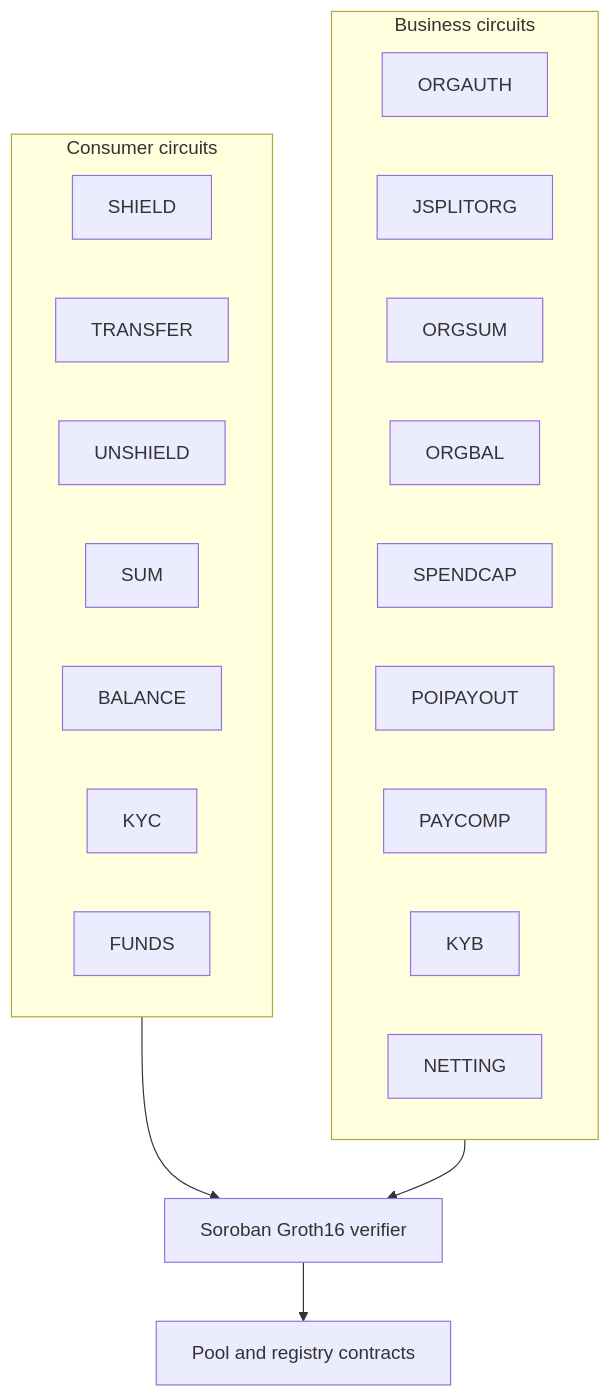
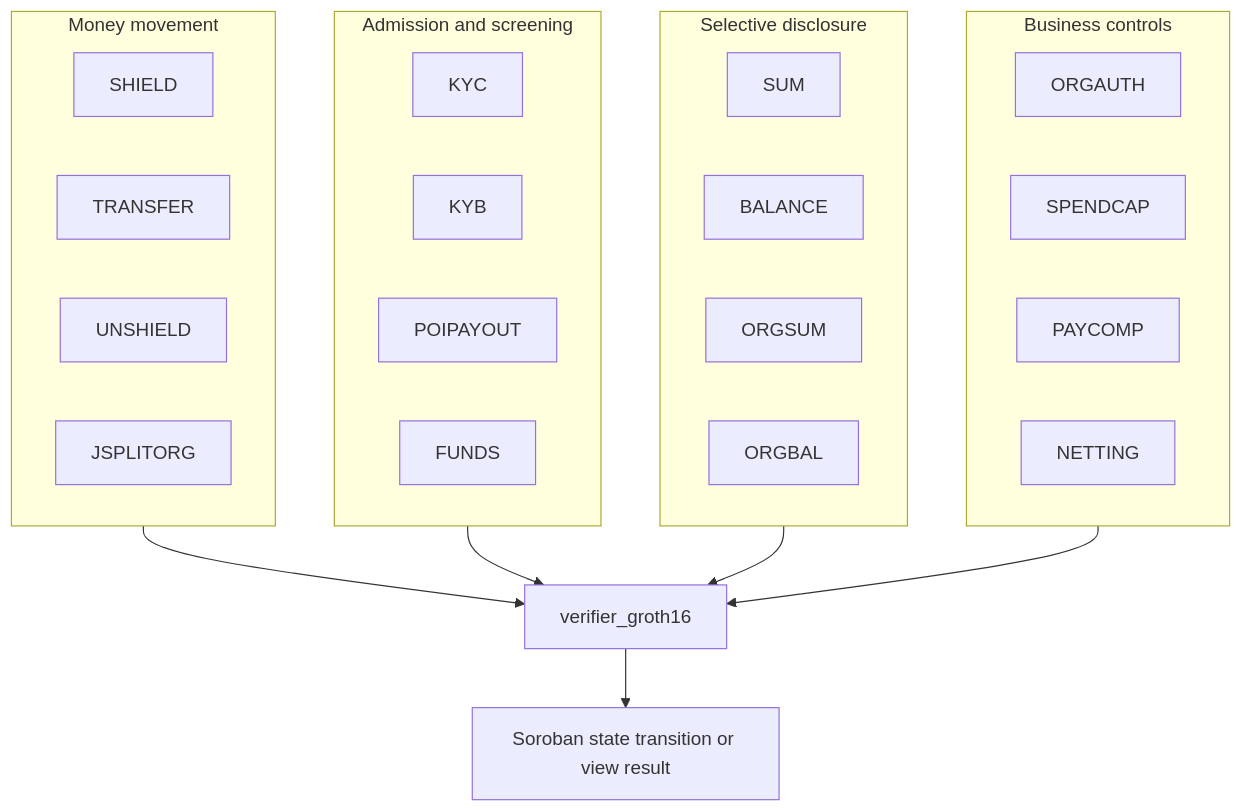
The fifth of 17 diagrams in README.md (akash-mondal/benzo), drawn with Mermaid before and after one commit. The commit also changed other lines of this file, not shown here.

````diff
--- a/README.md
+++ b/README.md
@@ -376,28 +152,36 @@
 ```mermaid
 flowchart TB
-  subgraph Consumer["Consumer circuits"]
-    Shield["SHIELD"]
-    Transfer["TRANSFER"]
-    Unshield["UNSHIELD"]
-    Sum["SUM"]
-    Balance["BALANCE"]
-    KYC["KYC"]
-    Funds["FUNDS"]
+  subgraph Money["Money movement"]
+    SHIELD
+    TRANSFER
+    UNSHIELD
+    JSPLITORG
   end
 
-  subgraph Business["Business circuits"]
-    OrgAuth["ORGAUTH"]
-    JsplitOrg["JSPLITORG"]
-    OrgSum["ORGSUM"]
-    OrgBal["ORGBAL"]
-    SpendCap["SPENDCAP"]
-    PoiPayout["POIPAYOUT"]
-    PayComp["PAYCOMP"]
-    KYB["KYB"]
-    Netting["NETTING"]
+  subgraph Compliance["Admission and screening"]
+    KYC
+    KYB
+    POIPAYOUT
+    FUNDS
   end
 
-  Consumer --> Verifier["Soroban Groth16 verifier"]
+  subgraph Disclosure["Selective disclosure"]
+    SUM
+    BALANCE
+    ORGSUM
+    ORGBAL
+  end
+
+  subgraph Business["Business controls"]
+    ORGAUTH
+    SPENDCAP
+    PAYCOMP
+    NETTING
+  end
+
+  Money --> Verifier["verifier_groth16"]
+  Compliance --> Verifier
+  Disclosure --> Verifier
   Business --> Verifier
-  Verifier --> Pool["Pool and registry contracts"]
+  Verifier --> Soroban["Soroban state transition or view result"]
 ```
````
